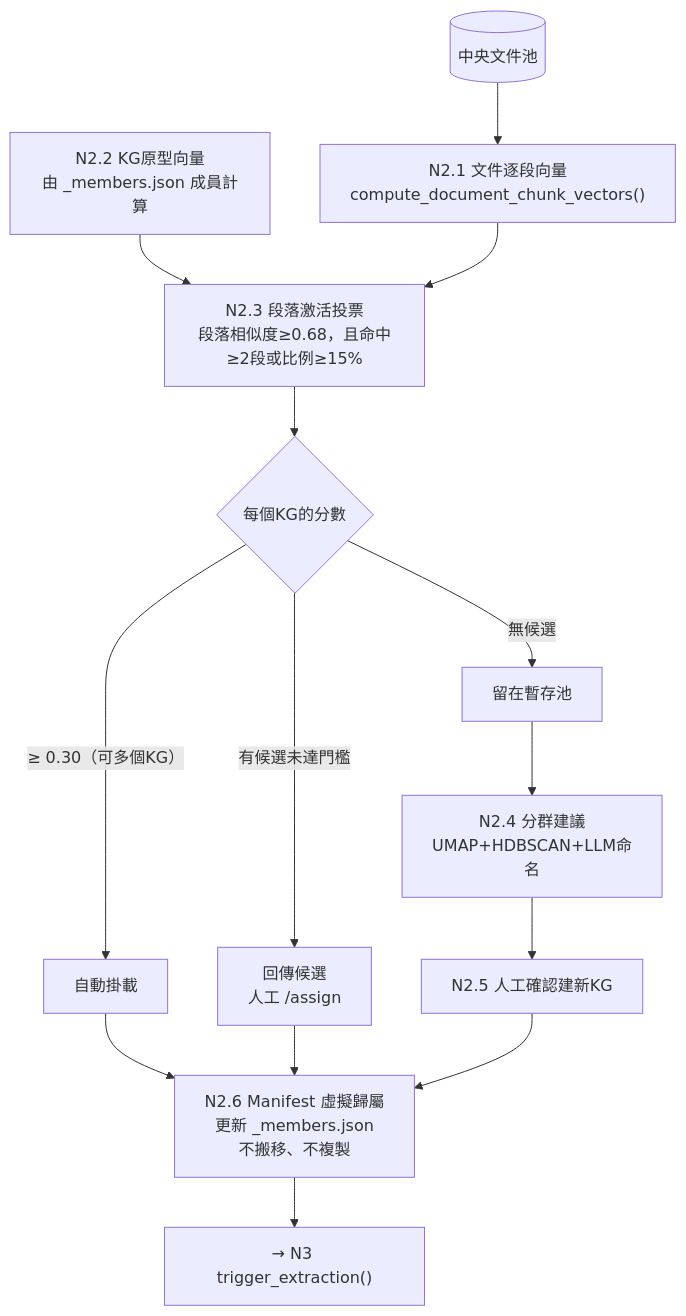
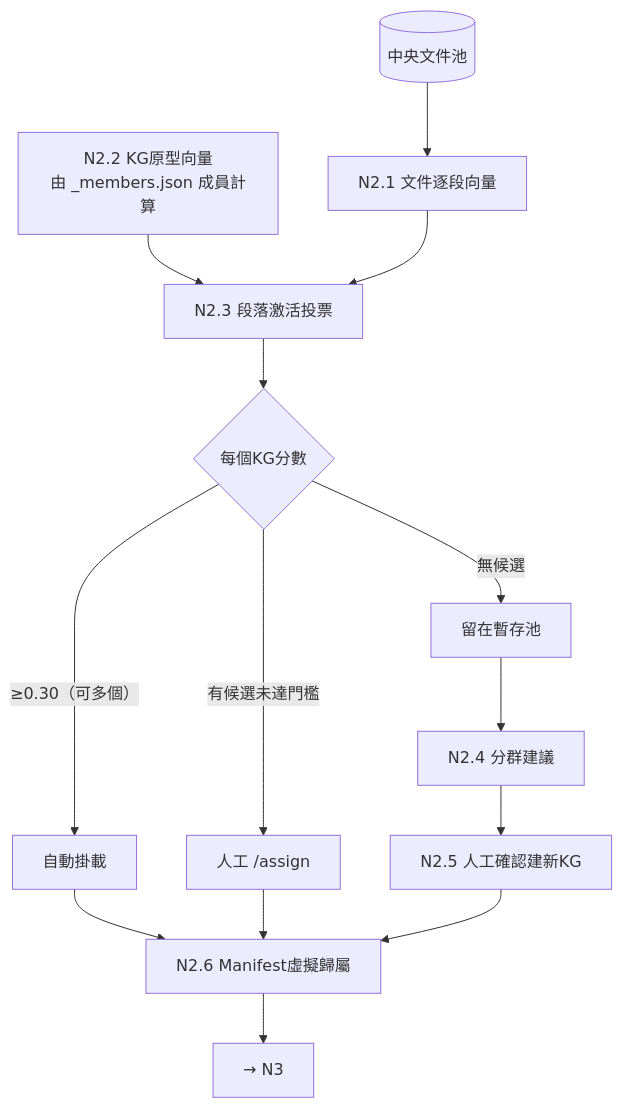
The third of 12 diagrams in docs/報告/95_專案節點流程總覽與設計說明.md (Chester930/world-knowledge-graph-rag), drawn with Mermaid before and after one commit. The commit also changed other lines of this file and 1 other file, not shown here.

````diff
--- a/docs/報告/95_專案節點流程總覽與設計說明.md
+++ b/docs/報告/95_專案節點流程總覽與設計說明.md
@@ -148,14 +167,13 @@
 ```mermaid
 flowchart TD
-    S[("中央文件池")] --> V["N2.1 文件逐段向量<br/>compute_document_chunk_vectors()"]
+    S[("中央文件池")] --> V["N2.1 文件逐段向量"]
     P["N2.2 KG原型向量<br/>由 _members.json 成員計算"] --> VOTE
-    V --> VOTE["N2.3 段落激活投票<br/>段落相似度≥0.68，且命中≥2段或比例≥15%"]
-    VOTE --> D{"每個KG的分數"}
-    D -- "≥ 0.30（可多個KG）" --> A1["自動掛載"]
-    D -- "有候選未達門檻" --> A2["回傳候選<br/>人工 /assign"]
+    V --> VOTE["N2.3 段落激活投票"]
+    VOTE --> D{"每個KG分數"}
+    D -- "≥0.30（可多個）" --> A1["自動掛載"]
+    D -- "有候選未達門檻" --> A2["人工 /assign"]
     D -- "無候選" --> A3["留在暫存池"]
-    A3 --> CL["N2.4 分群建議<br/>UMAP+HDBSCAN+LLM命名"]
-    CL --> HC["N2.5 人工確認建新KG"]
-    A1 & A2 & HC --> MF["N2.6 Manifest 虛擬歸屬<br/>更新 _members.json<br/>不搬移、不複製"]
-    MF --> T["→ N3 trigger_extraction()"]
+    A3 --> CL["N2.4 分群建議"] --> HC["N2.5 人工確認建新KG"]
+    A1 & A2 & HC --> MF["N2.6 Manifest虛擬歸屬"]
+    MF --> T["→ N3"]
 ```
````
